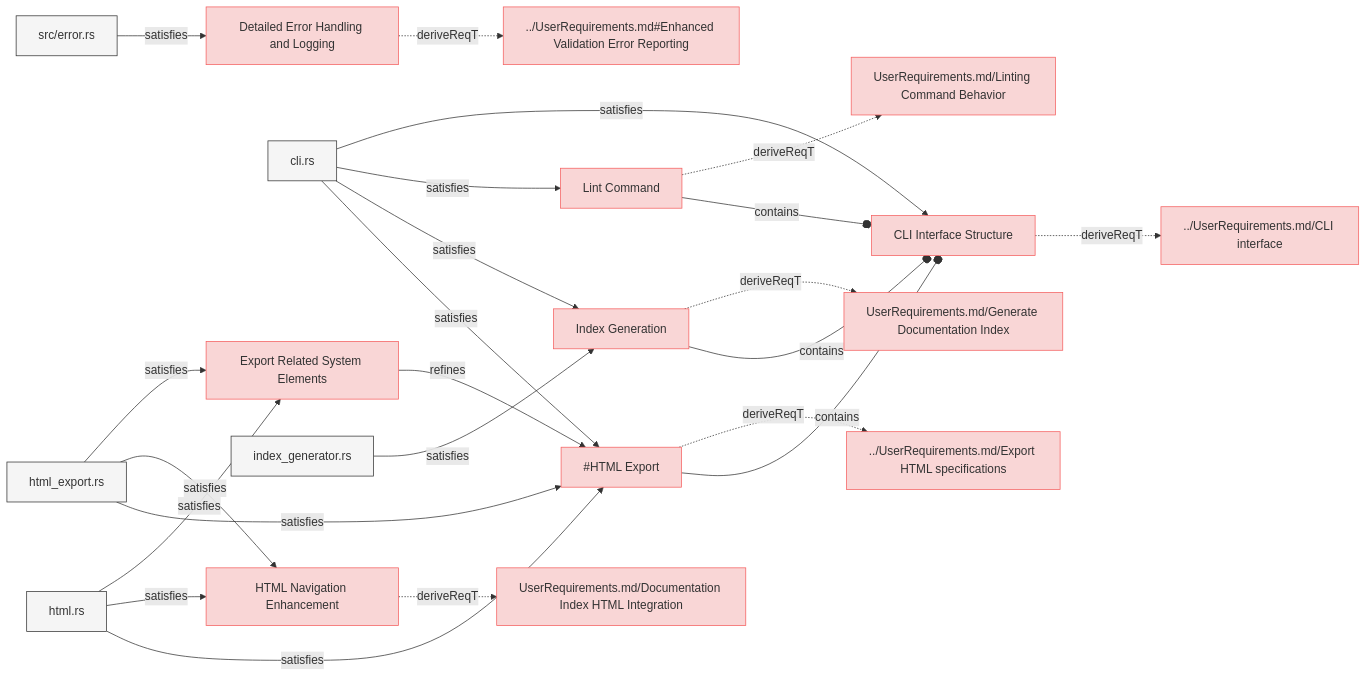
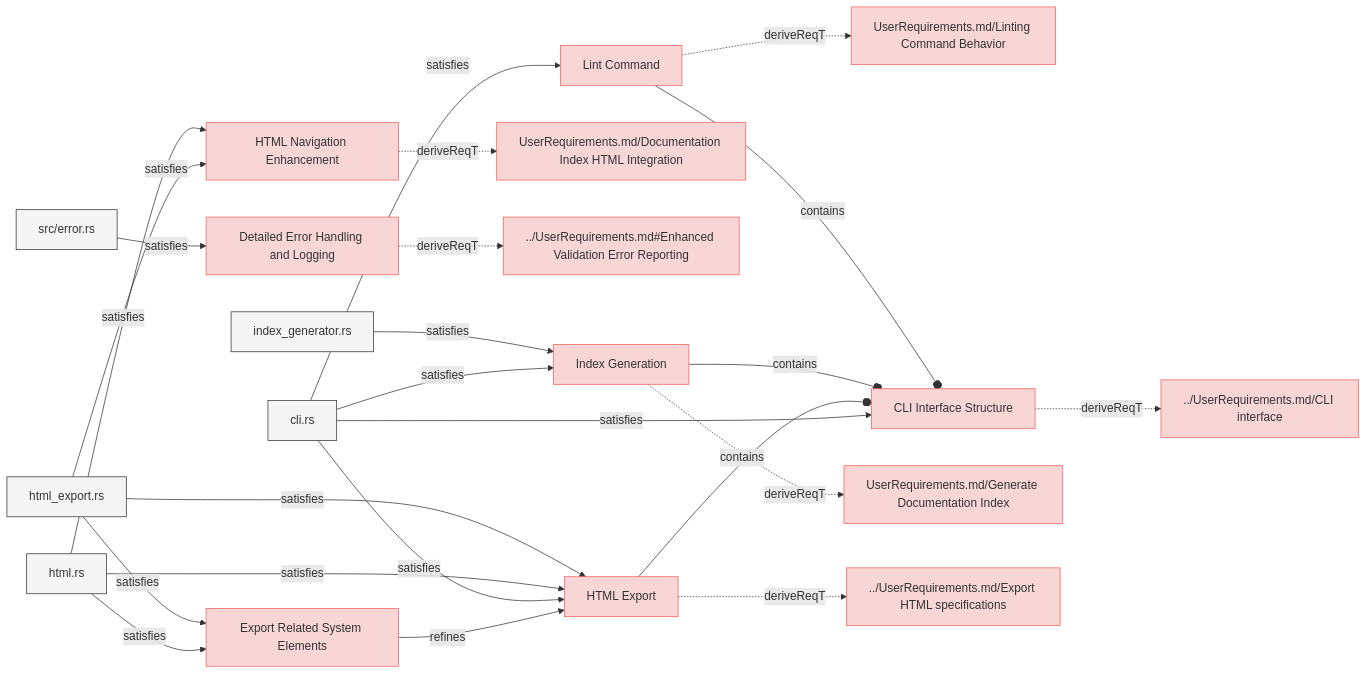
Before and after one commit to reqvire-org/reqvire: the third of 8 diagrams in specifications/SystemRequirements/Requirements.md, drawn with Mermaid. The commit also changed other lines of this file and 14 other files, not shown here.

````diff
--- a/specifications/SystemRequirements/Requirements.md
+++ b/specifications/SystemRequirements/Requirements.md
@@ -232,32 +232,36 @@
   classDef externalLink fill:#d0e0ff,stroke:#3080ff,stroke-width:1px;
   classDef default fill:#f5f5f5,stroke:#333333,stroke-width:1px;
 
-  5ffd0c57f51e3b22["Export Related System Elements"];
-  class 5ffd0c57f51e3b22 requirement;
-  click 5ffd0c57f51e3b22 "Requirements.md#export-related-system-elements";
-  5deb63503bdf77c["#HTML Export"];
-  class 5deb63503bdf77c requirement;
-  click 5deb63503bdf77c "Requirements.md#html-export";
-  5ffd0c57f51e3b22 -->|refines| 5deb63503bdf77c;
+  deaec107945edbed["Lint Command"];
+  class deaec107945edbed requirement;
+  click deaec107945edbed "Requirements.md#lint-command";
+  a51179cda67cf9f2["UserRequirements.md/Linting Command Behavior"];
+  class a51179cda67cf9f2 requirement;
+  click a51179cda67cf9f2 "../UserRequirements.md#linting-command";
+  deaec107945edbed -.->|deriveReqT| a51179cda67cf9f2;
+  8f22faacdb454b23["CLI Interface Structure"];
+  class 8f22faacdb454b23 requirement;
+  click 8f22faacdb454b23 "Requirements.md#cli-interface-structure";
+  deaec107945edbed --o|contains| 8f22faacdb454b23;
+  80defdd4cbc7ee18["cli.rs"];
+  class 80defdd4cbc7ee18 default;
+  click 80defdd4cbc7ee18 "../../cli/src/cli.rs";
+  80defdd4cbc7ee18 -->|satisfies| deaec107945edbed;
+  c1851df0c89e80f8["HTML Navigation Enhancement"];
+  class c1851df0c89e80f8 requirement;
+  click c1851df0c89e80f8 "Requirements.md#html-navigation-enhancement";
+  84b3d0502132adb5["UserRequirements.md/Documentation Index HTML Integration"];
+  class 84b3d0502132adb5 requirement;
+  click 84b3d0502132adb5 "../UserRequirements.md#documentation-index-html-integration";
+  c1851df0c89e80f8 -.->|deriveReqT| 84b3d0502132adb5;
+  d0e6cc47b904faa5["html.rs"];
+  class d0e6cc47b904faa5 default;
+  click d0e6cc47b904faa5 "../../core/src/html.rs";
+  d0e6cc47b904faa5 -->|satisfies| c1851df0c89e80f8;
   c3d63c5d4133e346["html_export.rs"];
   class c3d63c5d4133e346 default;
   click c3d63c5d4133e346 "../../core/src/html_export.rs";
-  c3d63c5d4133e346 -->|satisfies| 5ffd0c57f51e3b22;
-  d0e6cc47b904faa5["html.rs"];
-  class d0e6cc47b904faa5 default;
-  click d0e6cc47b904faa5 "../../core/src/html.rs";
-  d0e6cc47b904faa5 -->|satisfies| 5ffd0c57f51e3b22;
-  8f22faacdb454b23["CLI Interface Structure"];
-  class 8f22faacdb454b23 requirement;
-  click 8f22faacdb454b23 "Requirements.md#cli-interface-structure";
-  f28849d46c19af44["../UserRequirements.md/CLI interface"];
-  class f28849d46c19af44 requirement;
-  click f28849d46c19af44 "../UserRequirements.md#cli-interface";
-  8f22faacdb454b23 -.->|deriveReqT| f28849d46c19af44;
-  80defdd4cbc7ee18["cli.rs"];
-  class 80defdd4cbc7ee18 default;
-  click 80defdd4cbc7ee18 "../../cli/src/cli.rs";
-  80defdd4cbc7ee18 -->|satisfies| 8f22faacdb454b23;
+  c3d63c5d4133e346 -->|satisfies| c1851df0c89e80f8;
   4ecd49d71920c1fc["Detailed Error Handling and Logging"];
   class 4ecd49d71920c1fc requirement;
   click 4ecd49d71920c1fc "Requirements.md#detailed-error-handling-and-logging";
@@ -269,18 +273,6 @@
   class a581221890d15c0c default;
   click a581221890d15c0c "../../core/src/error.rs";
   a581221890d15c0c -->|satisfies| 4ecd49d71920c1fc;
-  deaec107945edbed["Lint Command"];
-  class deaec107945edbed requirement;
-  click deaec107945edbed "Requirements.md#lint-command";
-  a51179cda67cf9f2["UserRequirements.md/Linting Command Behavior"];
-  class a51179cda67cf9f2 requirement;
-  click a51179cda67cf9f2 "../UserRequirements.md#linting-command";
-  deaec107945edbed -.->|deriveReqT| a51179cda67cf9f2;
-  deaec107945edbed --o|contains| 8f22faacdb454b23;
-  80defdd4cbc7ee18["cli.rs"];
-  class 80defdd4cbc7ee18 default;
-  click 80defdd4cbc7ee18 "../../cli/src/cli.rs";
-  80defdd4cbc7ee18 -->|satisfies| deaec107945edbed;
   a21995894299effb["Index Generation"];
   class a21995894299effb requirement;
   click a21995894299effb "Requirements.md#index-generation";
@@ -297,21 +289,9 @@
   class 80defdd4cbc7ee18 default;
   click 80defdd4cbc7ee18 "../../cli/src/cli.rs";
   80defdd4cbc7ee18 -->|satisfies| a21995894299effb;
-  c1851df0c89e80f8["HTML Navigation Enhancement"];
-  class c1851df0c89e80f8 requirement;
-  click c1851df0c89e80f8 "Requirements.md#html-navigation-enhancement";
-  84b3d0502132adb5["UserRequirements.md/Documentation Index HTML Integration"];
-  class 84b3d0502132adb5 requirement;
-  click 84b3d0502132adb5 "../UserRequirements.md#documentation-index-html-integration";
-  c1851df0c89e80f8 -.->|deriveReqT| 84b3d0502132adb5;
-  d0e6cc47b904faa5["html.rs"];
-  class d0e6cc47b904faa5 default;
-  click d0e6cc47b904faa5 "../../core/src/html.rs";
-  d0e6cc47b904faa5 -->|satisfies| c1851df0c89e80f8;
-  c3d63c5d4133e346["html_export.rs"];
-  class c3d63c5d4133e346 default;
-  click c3d63c5d4133e346 "../../core/src/html_export.rs";
-  c3d63c5d4133e346 -->|satisfies| c1851df0c89e80f8;
+  5deb63503bdf77c["HTML Export"];
+  class 5deb63503bdf77c requirement;
+  click 5deb63503bdf77c "Requirements.md#html-export";
   a4c40962cac85d0c["../UserRequirements.md/Export HTML specifications"];
   class a4c40962cac85d0c requirement;
   click a4c40962cac85d0c "../UserRequirements.md#export-html-specifications";
@@ -329,4 +309,24 @@
   class 80defdd4cbc7ee18 default;
   click 80defdd4cbc7ee18 "../../cli/src/cli.rs";
   80defdd4cbc7ee18 -->|satisfies| 5deb63503bdf77c;
+  f28849d46c19af44["../UserRequirements.md/CLI interface"];
+  class f28849d46c19af44 requirement;
+  click f28849d46c19af44 "../UserRequirements.md#cli-interface";
+  8f22faacdb454b23 -.->|deriveReqT| f28849d46c19af44;
+  80defdd4cbc7ee18["cli.rs"];
+  class 80defdd4cbc7ee18 default;
+  click 80defdd4cbc7ee18 "../../cli/src/cli.rs";
+  80defdd4cbc7ee18 -->|satisfies| 8f22faacdb454b23;
+  5ffd0c57f51e3b22["Export Related System Elements"];
+  class 5ffd0c57f51e3b22 requirement;
+  click 5ffd0c57f51e3b22 "Requirements.md#export-related-system-elements";
+  5ffd0c57f51e3b22 -->|refines| 5deb63503bdf77c;
+  c3d63c5d4133e346["html_export.rs"];
+  class c3d63c5d4133e346 default;
+  click c3d63c5d4133e346 "../../core/src/html_export.rs";
+  c3d63c5d4133e346 -->|satisfies| 5ffd0c57f51e3b22;
+  d0e6cc47b904faa5["html.rs"];
+  class d0e6cc47b904faa5 default;
+  click d0e6cc47b904faa5 "../../core/src/html.rs";
+  d0e6cc47b904faa5 -->|satisfies| 5ffd0c57f51e3b22;
 ```
````
